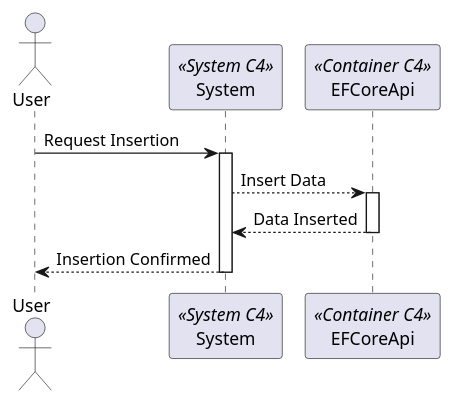
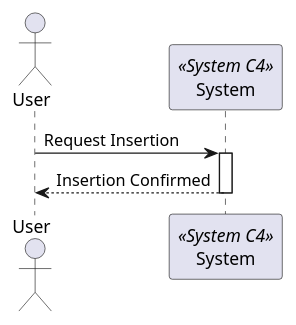
Before and after one commit to BernasDzn/portit: the diagram in docs/sprint_1/global_artifacts/arquitecture/Level_1/process_views/process_view_n1_2.puml, drawn with PlantUML. The commit also changed 17 other files, not shown here.

```diff
--- a/docs/sprint_1/global_artifacts/arquitecture/Level_1/process_views/process_view_n1_2.puml
+++ b/docs/sprint_1/global_artifacts/arquitecture/Level_1/process_views/process_view_n1_2.puml
@@ -1,15 +1,11 @@
 @startuml processview_n1
 Actor "User" as user
 Participant "System" as System <<System C4>>
-Participant "EFCoreApi" as EFCoreApi <<Container C4>>
 
 user -> System: Request Insertion
 activate System
-    System --> EFCoreApi: Insert Data
-    activate EFCoreApi
-    System <-- EFCoreApi: Data Inserted
-    deactivate EFCoreApi
+    
     user <-- System: Insertion Confirmed
 deactivate System
 
 @enduml
```
